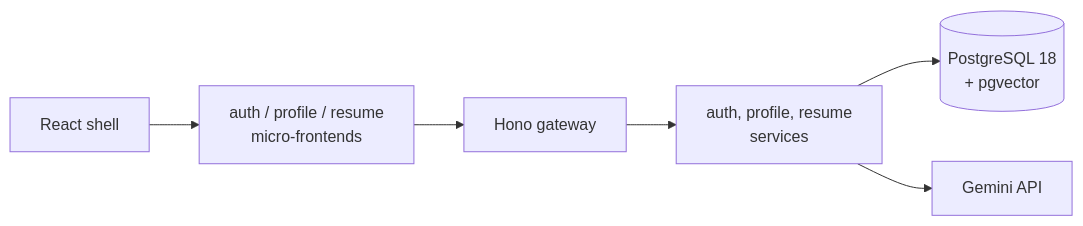
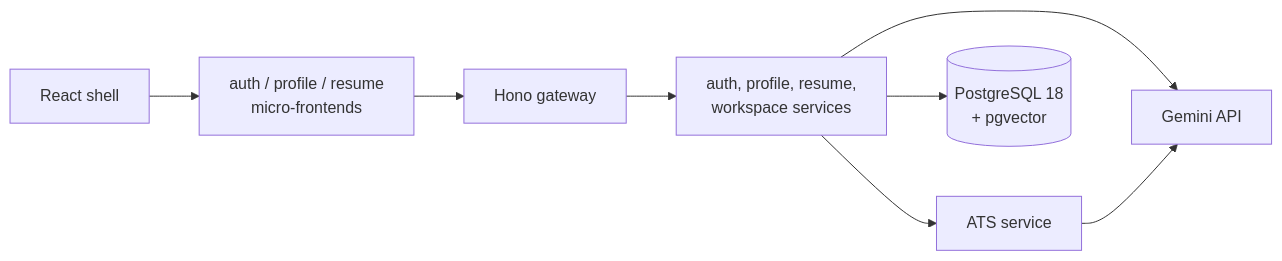
Before and after one commit to nishank23/ResumeForge: the diagram in README.md, drawn with Mermaid. The commit also changed other lines of this file and 3 other files, not shown here.

````diff
--- a/README.md
+++ b/README.md
@@ -19,8 +26,10 @@
 ```mermaid
 flowchart LR
   SHELL[React shell] --> MFE[auth / profile / resume<br/>micro-frontends]
   MFE --> GW[Hono gateway]
-  GW --> SVC[auth, profile, resume<br/>services]
+  GW --> SVC[auth, profile, resume,<br/>workspace services]
+  SVC --> ATS[ATS service]
   SVC --> DB[(PostgreSQL 18<br/>+ pgvector)]
   SVC --> GEM[Gemini API]
+  ATS --> GEM
 ```
````
